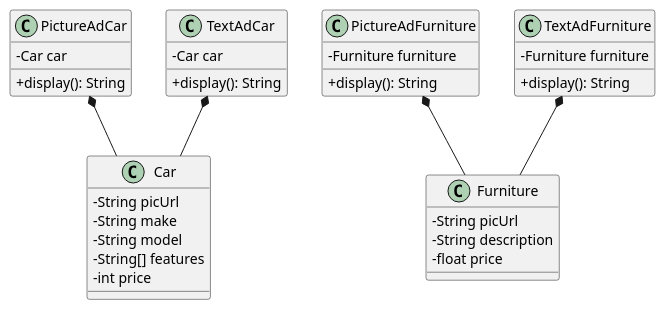
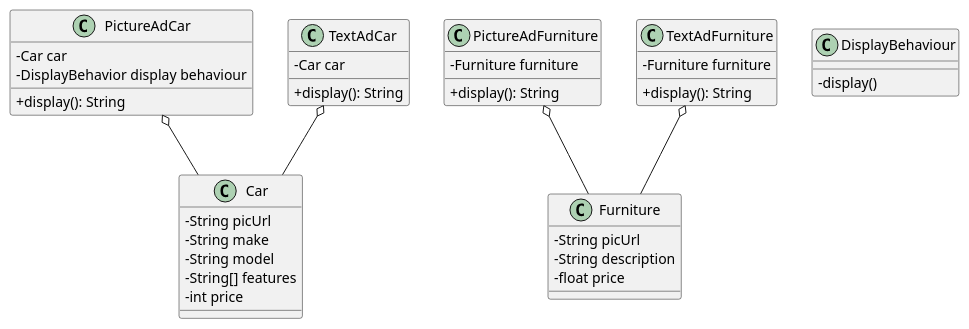
The diagram in out/production/Sales/Sales.puml (jimmyrabbit88/BridgeDP), drawn with PlantUML before and after one commit. The commit also changed 18 other files, not shown here.

```diff
--- a/out/production/Sales/Sales.puml
+++ b/out/production/Sales/Sales.puml
@@ -1,47 +1,52 @@
 @startuml
 skinparam classAttributeIconSize 0
 
-PictureAdCar *-- Car
-TextAdCar *-- Car
-PictureAdFurniture *-- Furniture
-TextAdFurniture *-- Furniture
+PictureAdCar o-- Car
+TextAdCar o-- Car
+PictureAdFurniture o-- Furniture
+TextAdFurniture o-- Furniture
+
+class DisplayBehaviour{
+    -display()
+}
 
 class PictureAdCar{
     - Car car
+    - DisplayBehavior display behaviour
     + display(): String
 }
 
 class TextAdCar{
     - Car car
     + display(): String
 }
 
 class PictureAdFurniture{
     - Furniture furniture
     + display(): String
 }
 
 class TextAdFurniture{
     - Furniture furniture
     + display(): String
 }
 
 class Car{
     - String picUrl
     - String make
     - String model
     - String[] features
     - int price
 }
 
 class Furniture{
     - String picUrl
     - String description
     - float price
 }
 
 
 
 
 
 @enduml
```
